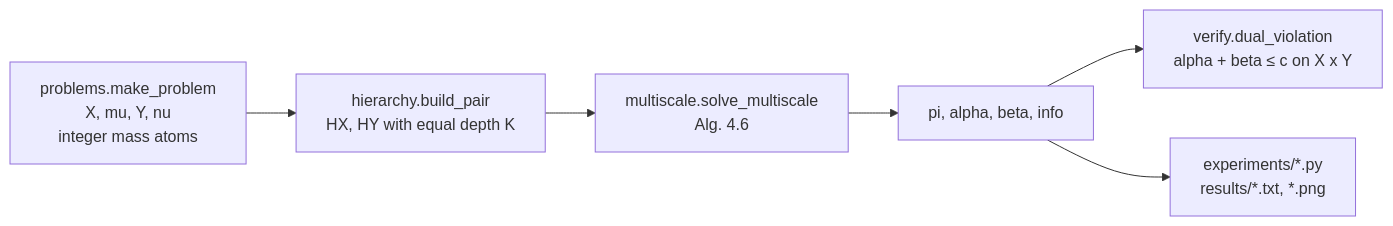
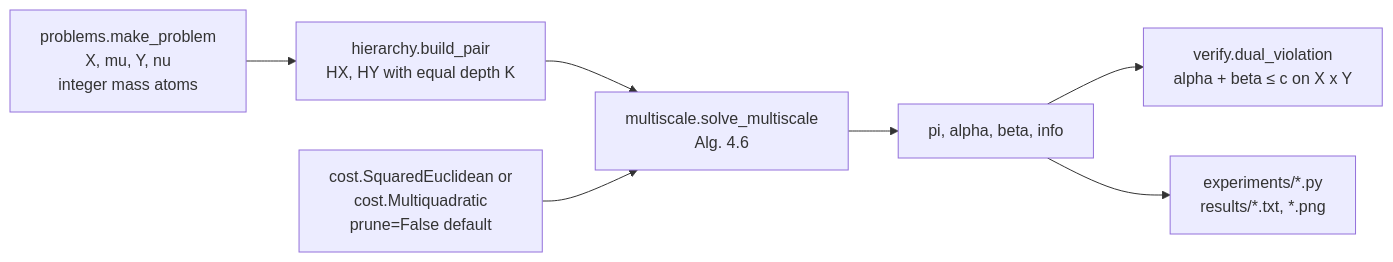
Before and after one commit to BenediktKaltenbach/multiscale_dicrete_ot: the first of 9 diagrams in docs/flowchart.md, drawn with Mermaid. The commit also changed other lines of this file, not shown here.

Commit message:
flowchart: multiquadratic cost, FacePruning and filter_missed

````diff
--- a/docs/flowchart.md
+++ b/docs/flowchart.md
@@ -7,8 +7,9 @@
 ```mermaid
 flowchart LR
     P["problems.make_problem<br/>X, mu, Y, nu<br/>integer mass atoms"] --> H["hierarchy.build_pair<br/>HX, HY with equal depth K"]
     H --> M["multiscale.solve_multiscale<br/>Alg. 4.6"]
+    C["cost.SquaredEuclidean or<br/>cost.Multiquadratic<br/>prune=False default"] --> M
     M --> R["pi, alpha, beta, info"]
     R --> V["verify.dual_violation<br/>alpha + beta ≤ c on X x Y"]
     R --> E["experiments/*.py<br/>results/*.txt, *.png"]
 ```
````
